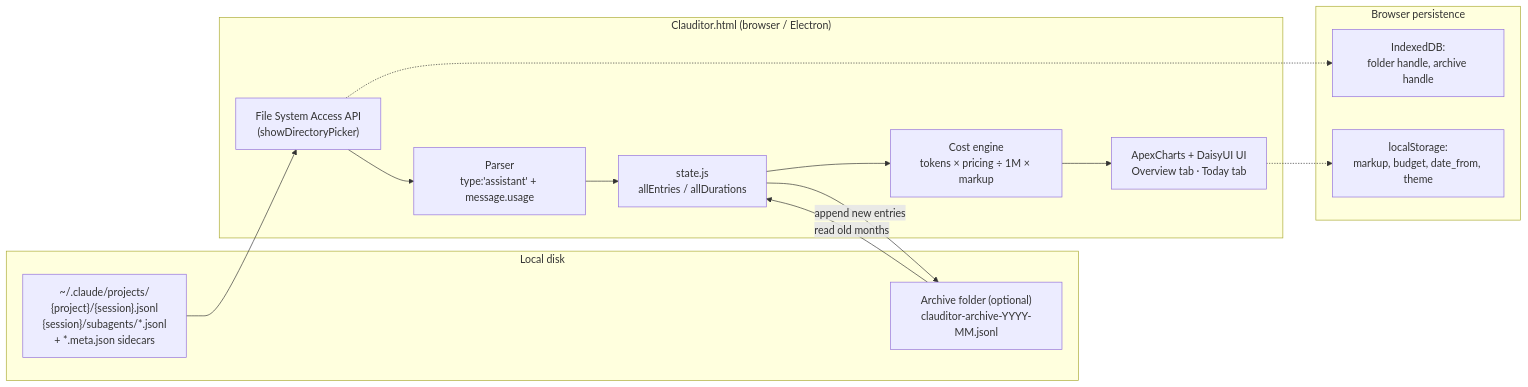
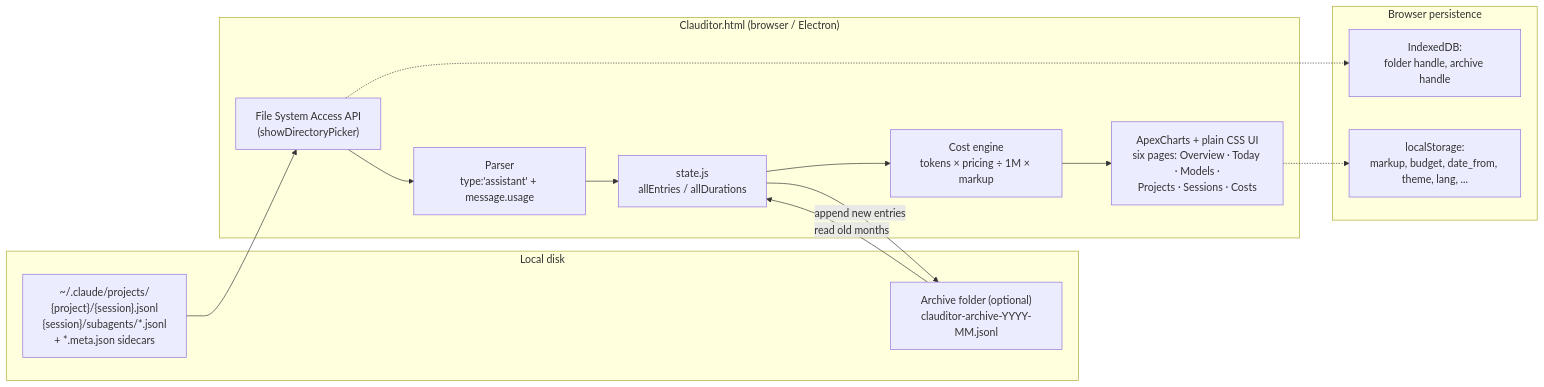
The first of 5 diagrams in ARCHITECTURE.md (Procisz/clauditor), drawn with Mermaid before and after one commit. The commit also changed other lines of this file and 148 other files, not shown here.

First line of the commit message:
Redesign the dashboard with six pages, themes, i18n and a unit test suite (#5)

````diff
--- a/ARCHITECTURE.md
+++ b/ARCHITECTURE.md
@@ -9,28 +9,28 @@
 ```mermaid
 flowchart LR
     subgraph disk["Local disk"]
         logs["~/.claude/projects/<br/>{project}/{session}.jsonl<br/>{session}/subagents/*.jsonl<br/>+ *.meta.json sidecars"]
         arch["Archive folder (optional)<br/>clauditor-archive-YYYY-MM.jsonl"]
     end
 
     subgraph app["Clauditor.html (browser / Electron)"]
         fsapi["File System Access API<br/>(showDirectoryPicker)"]
         parse["Parser<br/>type:'assistant' + message.usage"]
         cost["Cost engine<br/>tokens × pricing ÷ 1M × markup"]
         state["state.js<br/>allEntries / allDurations"]
-        ui["ApexCharts + DaisyUI UI<br/>Overview tab · Today tab"]
+        ui["ApexCharts + plain CSS UI<br/>six pages: Overview · Today · Models ·<br/>Projects · Sessions · Costs"]
     end
 
     logs --> fsapi --> parse --> state
     arch -- "read old months" --> state
     state -- "append new entries" --> arch
     state --> cost --> ui
 
     subgraph persist["Browser persistence"]
         idb["IndexedDB:<br/>folder handle, archive handle"]
-        ls["localStorage:<br/>markup, budget, date_from, theme"]
+        ls["localStorage:<br/>markup, budget, date_from, theme, lang, ..."]
     end
 
     fsapi -.-> idb
     ui -.-> ls
 ```
````
